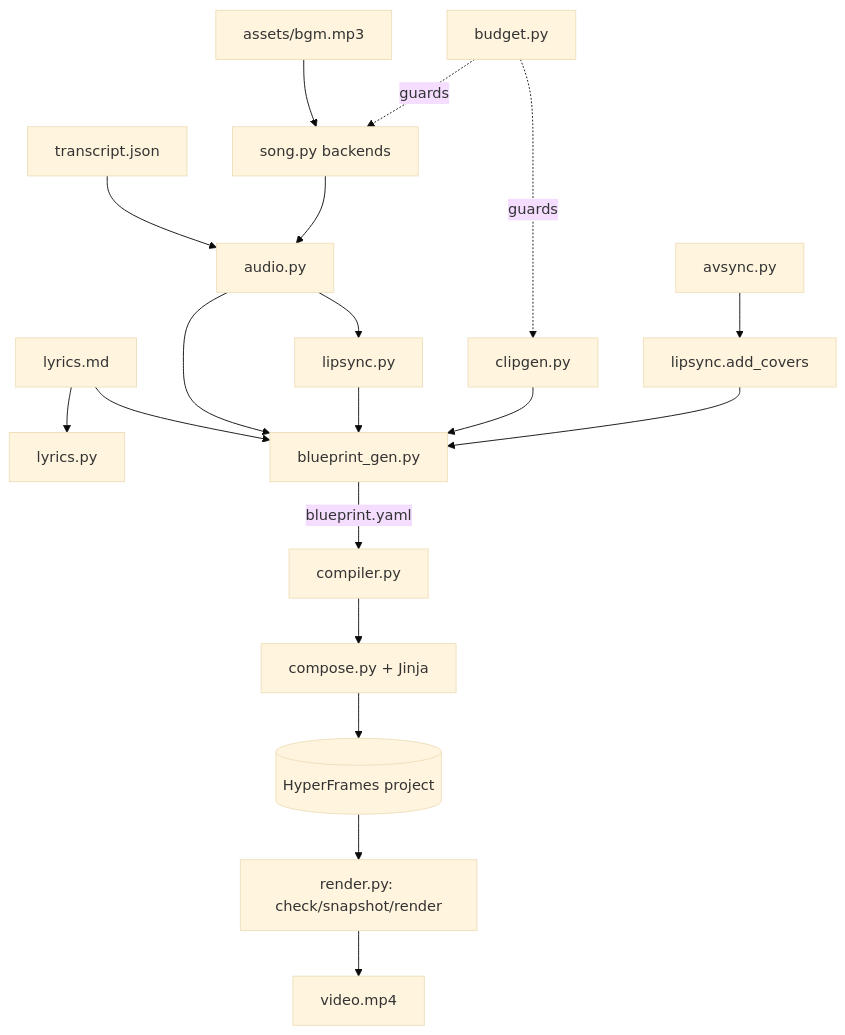
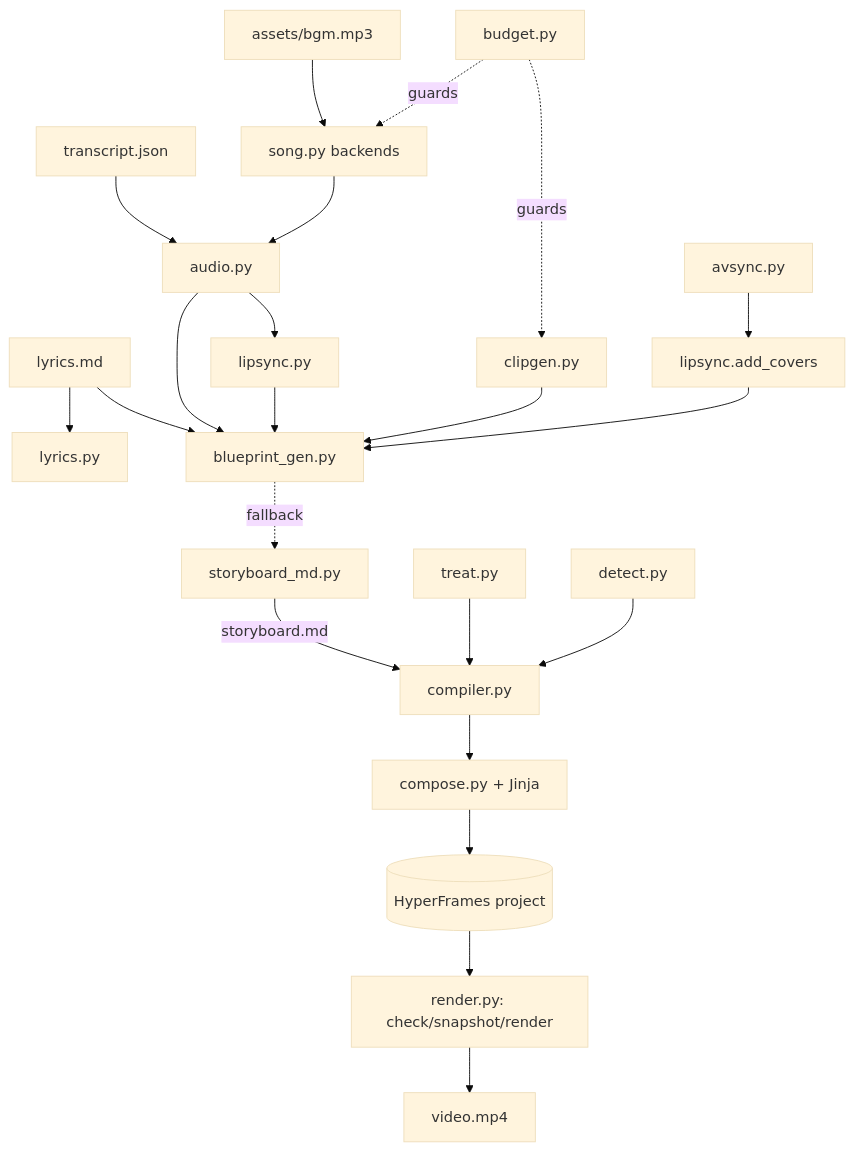
Before and after one commit to xyzzyapps/slopcore-factory: the diagram in SPEC.md, drawn with Mermaid (base theme). The commit also changed other lines of this file and 45 other files, not shown here.

First line of the commit message:
Storyboard markdown is the authority; REPL treat; docs + dead-code cleanup

````diff
--- a/SPEC.md
+++ b/SPEC.md
@@ -30,21 +30,24 @@
 ```mermaid
 flowchart TD
   L[lyrics.md] --> P[lyrics.py]
   A[assets/bgm.mp3] --> S[song.py backends]
   T[transcript.json] --> ANA[audio.py]
   S --> ANA
   ANA --> LS[lipsync.py]
   L --> BP[blueprint_gen.py]
   ANA --> BP
-  BP -->|blueprint.yaml| C[compiler.py]
+  BP -.fallback.-> SB[storyboard_md.py]
+  SB -->|storyboard.md| C[compiler.py]
   C --> COMP[compose.py + Jinja]
   COMP --> HF[(HyperFrames project)]
   HF --> R[render.py: check/snapshot/render]
   R --> MP4[video.mp4]
   LS --> BP
   CL[clipgen.py] --> BP
+  TR[treat.py] --> C
+  DE[detect.py] --> C
   AV[avsync.py] --> COV[lipsync.add_covers]
   COV --> BP
   B[budget.py] -.guards.-> S
   B -.guards.-> CL
 ```
````
